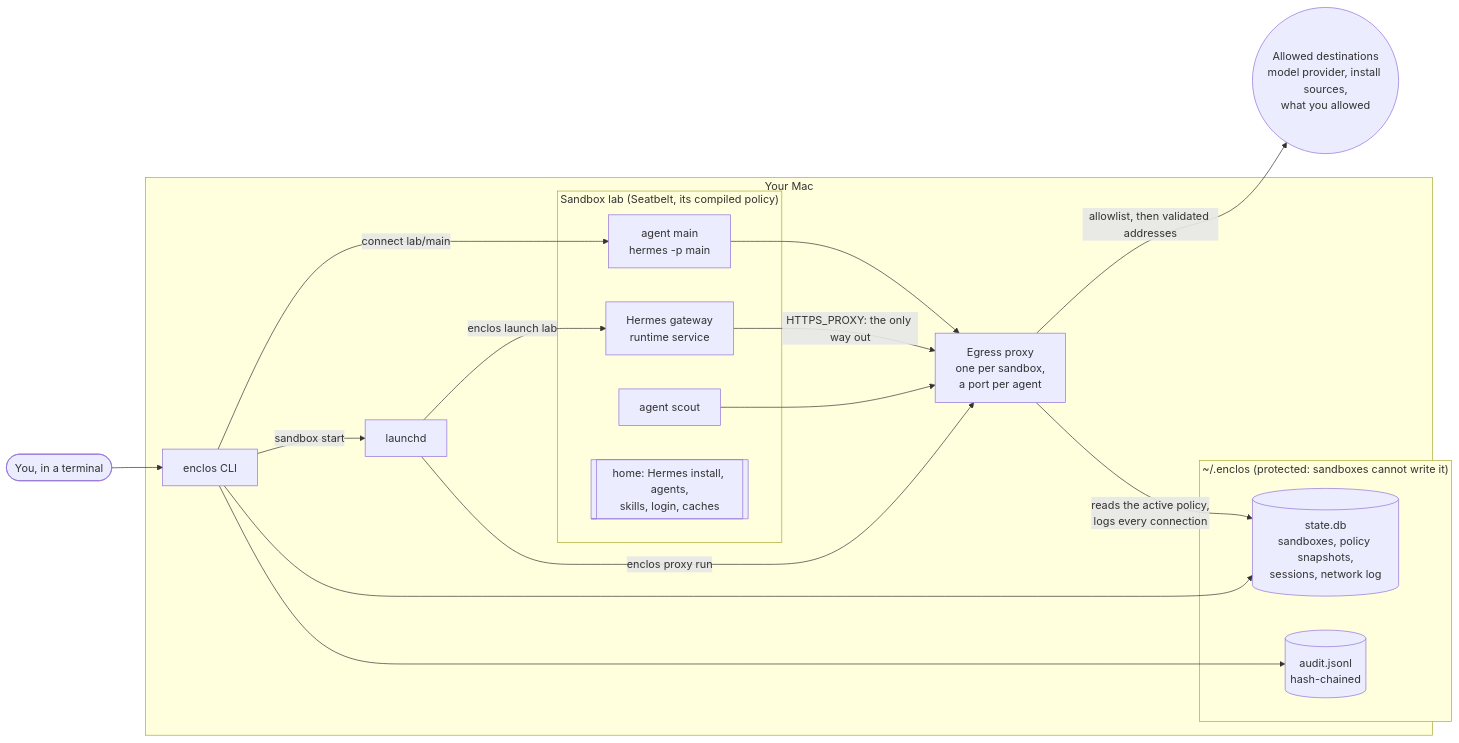
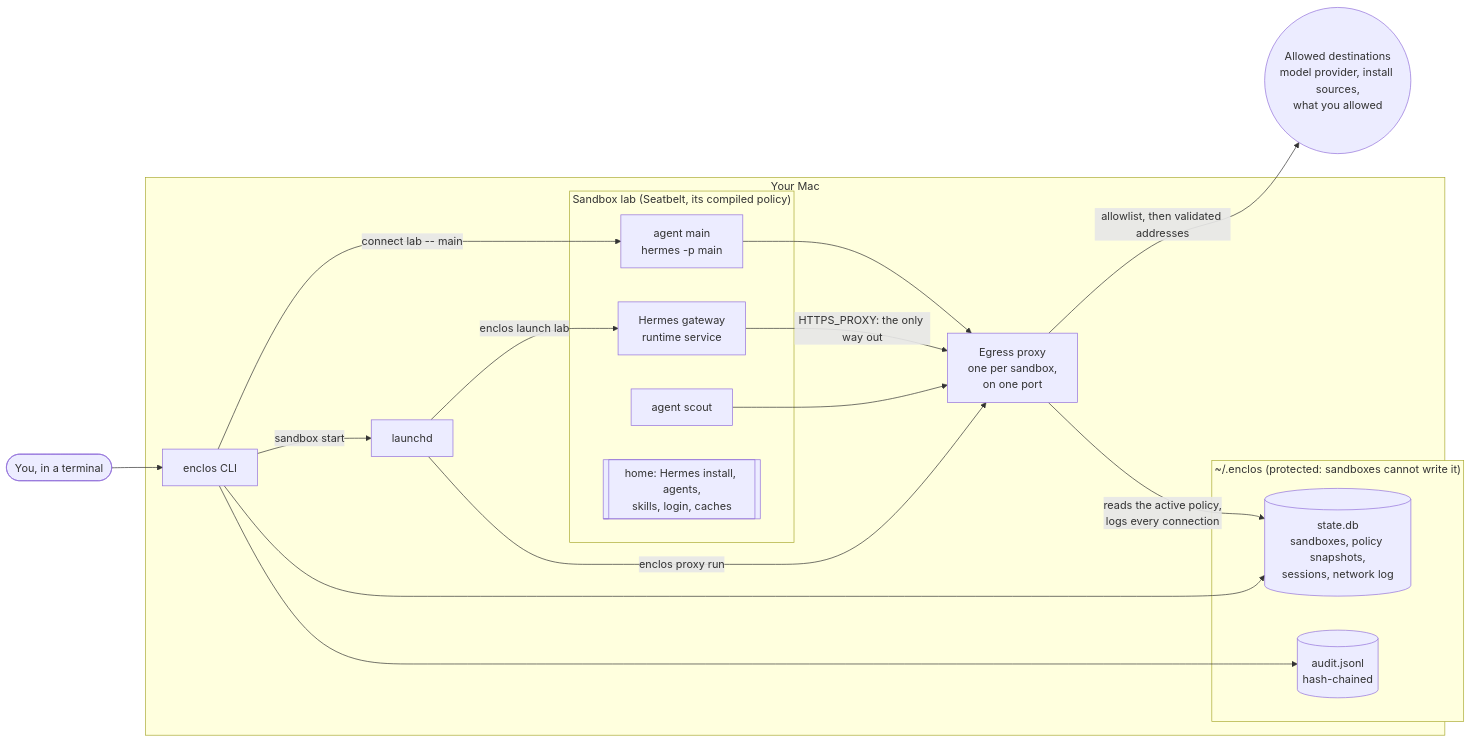
Before and after one commit to victorbonnet/enclos: the first of 3 diagrams in docs/architecture.md, drawn with Mermaid. The commit also changed other lines of this file and 1 other file, not shown here.

Commit message:
docs: reach agents through connect -- in the README and architecture page

````diff
--- a/docs/architecture.md
+++ b/docs/architecture.md
@@ -16,36 +16,36 @@
 ```mermaid
 flowchart LR
   you(["You, in a terminal"])
   net(("Allowed destinations<br/>model provider, install sources,<br/>what you allowed"))
 
   subgraph mac["Your Mac"]
     cli["enclos CLI"]
     launchd["launchd"]
-    proxy["Egress proxy<br/>one per sandbox,<br/>a port per agent"]
+    proxy["Egress proxy<br/>one per sandbox,<br/>on one port"]
 
     subgraph data["~/.enclos (protected: sandboxes cannot write it)"]
       state[("state.db<br/>sandboxes, policy snapshots,<br/>sessions, network log")]
       audit[("audit.jsonl<br/>hash-chained")]
     end
 
     subgraph sb["Sandbox lab (Seatbelt, its compiled policy)"]
       gateway["Hermes gateway<br/>runtime service"]
       main["agent main<br/>hermes -p main"]
       scout["agent scout"]
       home[["home: Hermes install, agents,<br/>skills, login, caches"]]
     end
   end
 
   you --> cli
-  cli -->|"connect lab/main"| main
+  cli -->|"connect lab -- main"| main
   cli -->|"sandbox start"| launchd
   launchd -->|"enclos launch lab"| gateway
   launchd -->|"enclos proxy run"| proxy
   cli --> state
   cli --> audit
   gateway -->|"HTTPS_PROXY: the only way out"| proxy
   main --> proxy
   scout --> proxy
   proxy -->|"allowlist, then validated addresses"| net
   proxy -->|"reads the active policy,<br/>logs every connection"| state
 ```
````
